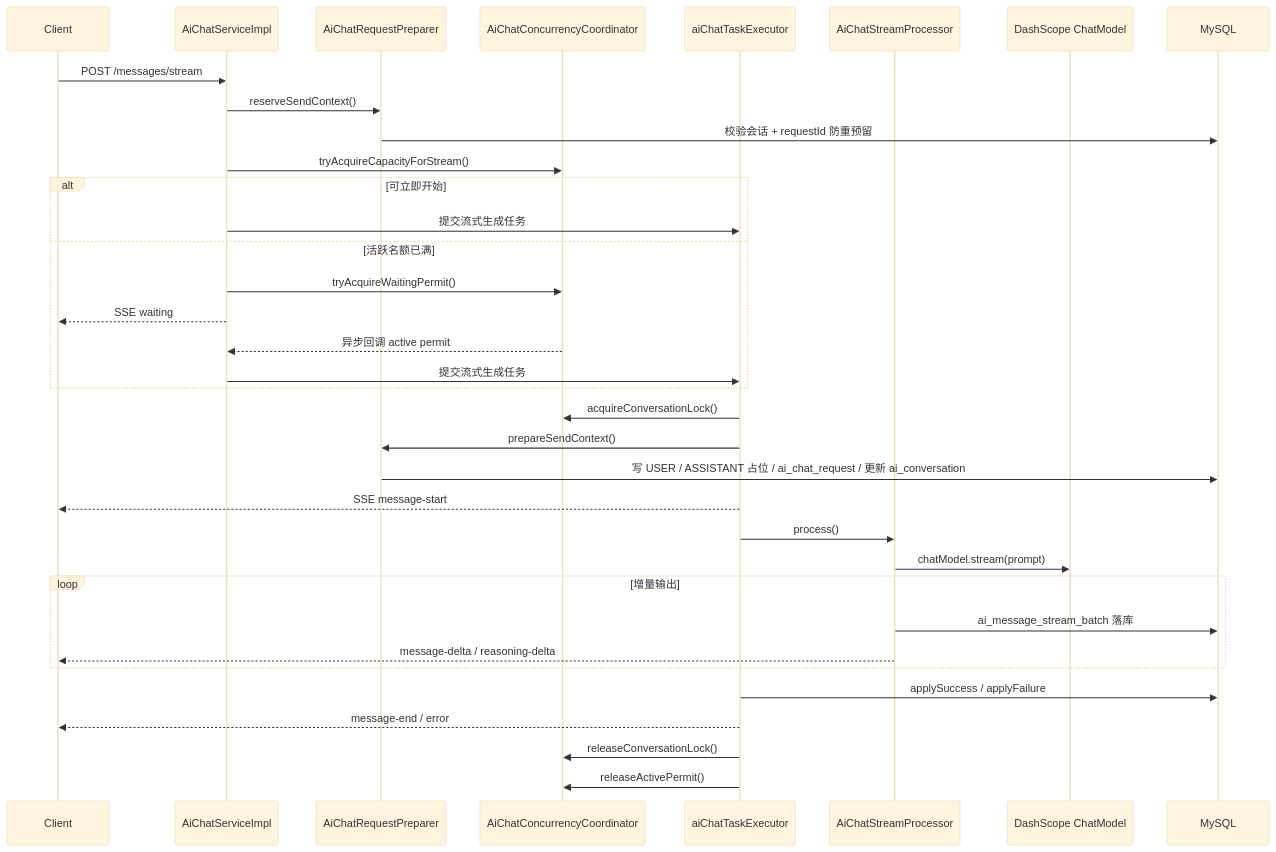
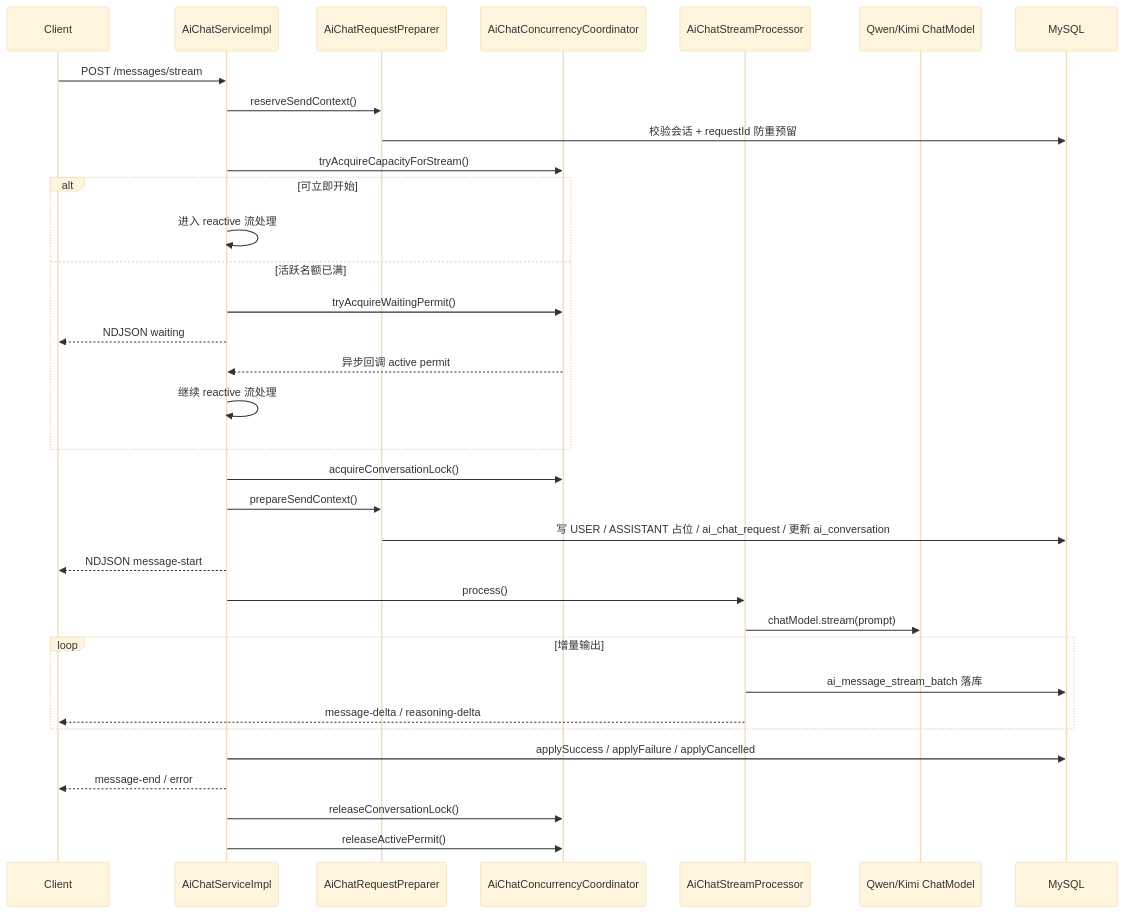
The third of 3 diagrams in docs/aichat/ai-chat-design.md (Askwayer/modular-hub), drawn with Mermaid (base theme) before and after one commit. The commit also changed other lines of this file and 24 other files, not shown here.

````diff
--- a/docs/aichat/ai-chat-design.md
+++ b/docs/aichat/ai-chat-design.md
@@ -351,39 +355,38 @@
 ```mermaid
 sequenceDiagram
     participant Client
     participant Service as AiChatServiceImpl
     participant Preparer as AiChatRequestPreparer
     participant Concurrency as AiChatConcurrencyCoordinator
-    participant Worker as aiChatTaskExecutor
     participant Stream as AiChatStreamProcessor
-    participant Model as DashScope ChatModel
+    participant Model as Qwen/Kimi ChatModel
     participant DB as MySQL
 
     Client->>Service: POST /messages/stream
     Service->>Preparer: reserveSendContext()
     Preparer->>DB: 校验会话 + requestId 防重预留
     Service->>Concurrency: tryAcquireCapacityForStream()
     alt 可立即开始
-        Service->>Worker: 提交流式生成任务
+        Service->>Service: 进入 reactive 流处理
     else 活跃名额已满
         Service->>Concurrency: tryAcquireWaitingPermit()
-        Service-->>Client: SSE waiting
+        Service-->>Client: NDJSON waiting
         Concurrency-->>Service: 异步回调 active permit
-        Service->>Worker: 提交流式生成任务
+        Service->>Service: 继续 reactive 流处理
     end
 
-    Worker->>Concurrency: acquireConversationLock()
-    Worker->>Preparer: prepareSendContext()
+    Service->>Concurrency: acquireConversationLock()
+    Service->>Preparer: prepareSendContext()
     Preparer->>DB: 写 USER / ASSISTANT 占位 / ai_chat_request / 更新 ai_conversation
-    Worker-->>Client: SSE message-start
-    Worker->>Stream: process()
+    Service-->>Client: NDJSON message-start
+    Service->>Stream: process()
     Stream->>Model: chatModel.stream(prompt)
     loop 增量输出
         Stream->>DB: ai_message_stream_batch 落库
         Stream-->>Client: message-delta / reasoning-delta
     end
-    Worker->>DB: applySuccess / applyFailure
-    Worker-->>Client: message-end / error
-    Worker->>Concurrency: releaseConversationLock()
-    Worker->>Concurrency: releaseActivePermit()
+    Service->>DB: applySuccess / applyFailure / applyCancelled
+    Service-->>Client: message-end / error
+    Service->>Concurrency: releaseConversationLock()
+    Service->>Concurrency: releaseActivePermit()
 ```
````
